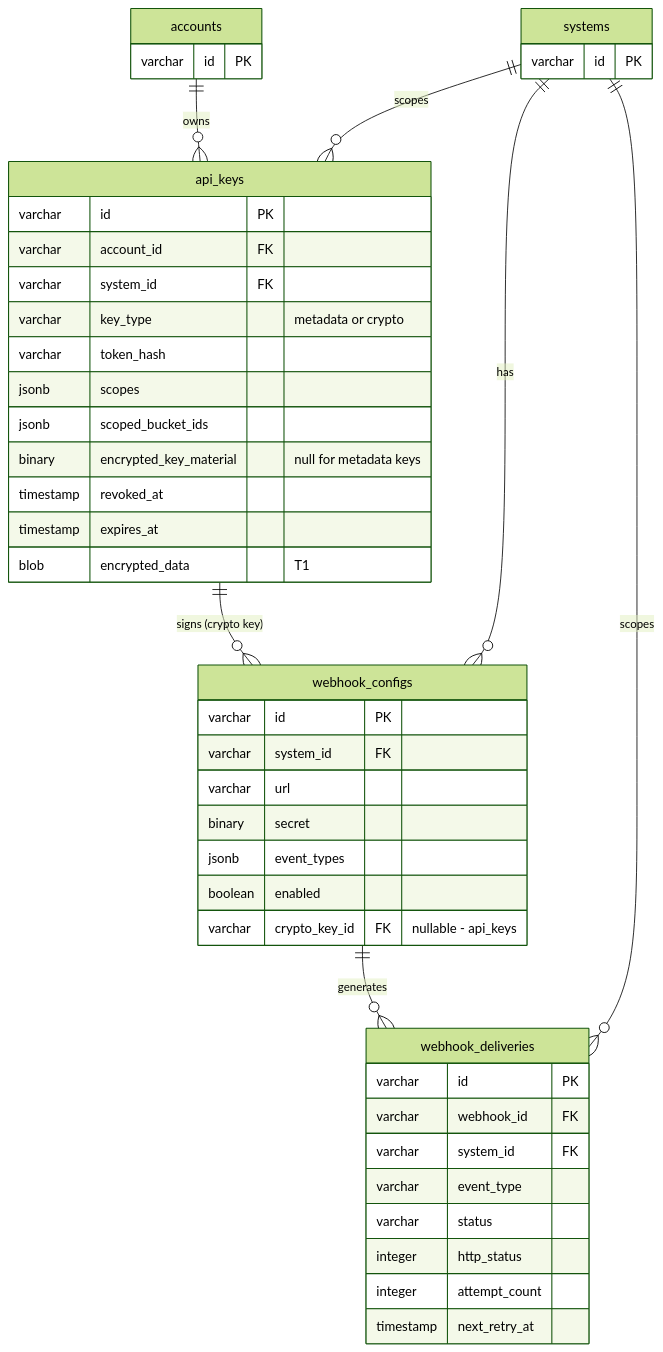
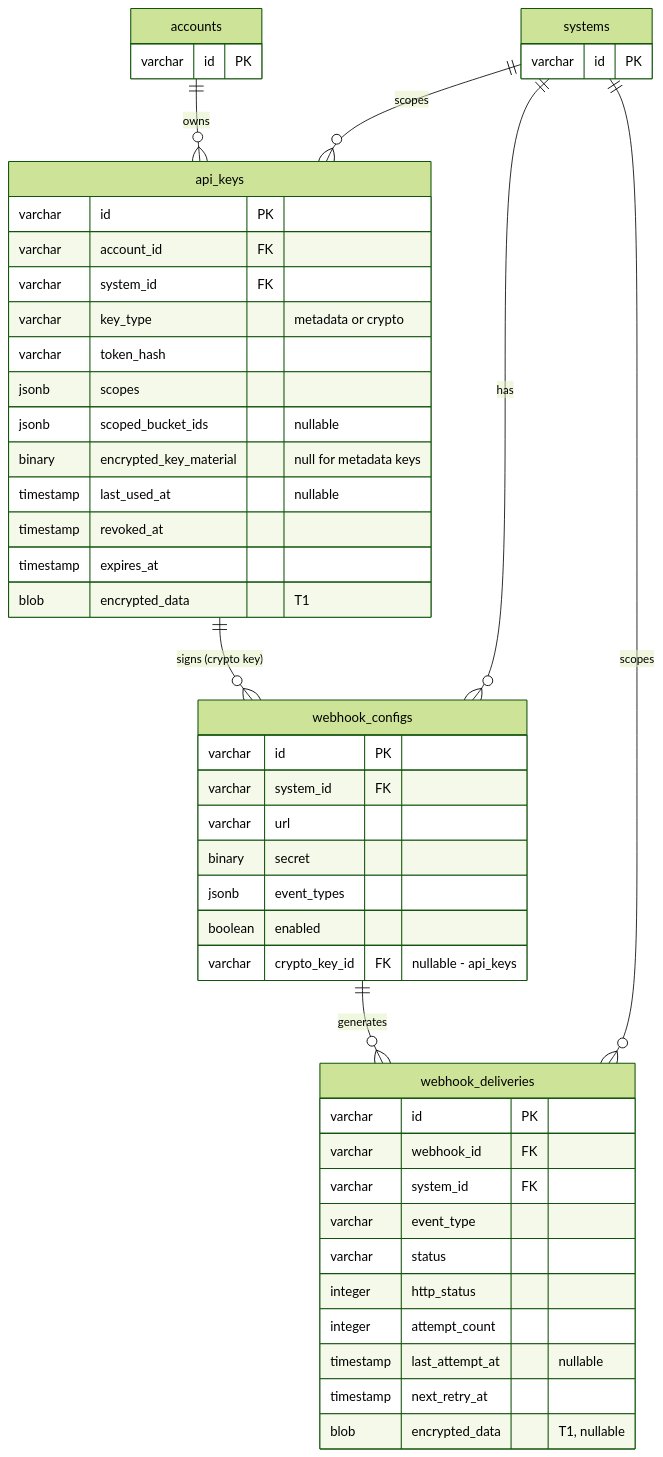
Diagram 16 of 20 in docs/database-schema.md (ThePrismSystem/pluralscape-mono), drawn with Mermaid (forest theme) before and after one commit. The commit also changed other lines of this file, not shown here.

Commit message:
docs(db): correct ER diagrams against actual PG schema

````diff
--- a/docs/database-schema.md
+++ b/docs/database-schema.md
@@ -893,52 +905,55 @@
 ```mermaid
 erDiagram
     accounts {
         varchar id PK
     }
 
     systems {
         varchar id PK
     }
 
     api_keys {
         varchar id PK
         varchar account_id FK
         varchar system_id FK
         varchar key_type "metadata or crypto"
         varchar token_hash
         jsonb scopes
-        jsonb scoped_bucket_ids
+        jsonb scoped_bucket_ids "nullable"
         binary encrypted_key_material "null for metadata keys"
+        timestamp last_used_at "nullable"
         timestamp revoked_at
         timestamp expires_at
         blob encrypted_data "T1"
     }
 
     webhook_configs {
         varchar id PK
         varchar system_id FK
         varchar url
         binary secret
         jsonb event_types
         boolean enabled
         varchar crypto_key_id FK "nullable - api_keys"
     }
 
     webhook_deliveries {
         varchar id PK
         varchar webhook_id FK
         varchar system_id FK
         varchar event_type
         varchar status
         integer http_status
         integer attempt_count
+        timestamp last_attempt_at "nullable"
         timestamp next_retry_at
+        blob encrypted_data "T1, nullable"
     }
 
     accounts ||--o{ api_keys : "owns"
     systems ||--o{ api_keys : "scopes"
     systems ||--o{ webhook_configs : "has"
     api_keys ||--o{ webhook_configs : "signs (crypto key)"
     webhook_configs ||--o{ webhook_deliveries : "generates"
     systems ||--o{ webhook_deliveries : "scopes"
 ```
````
